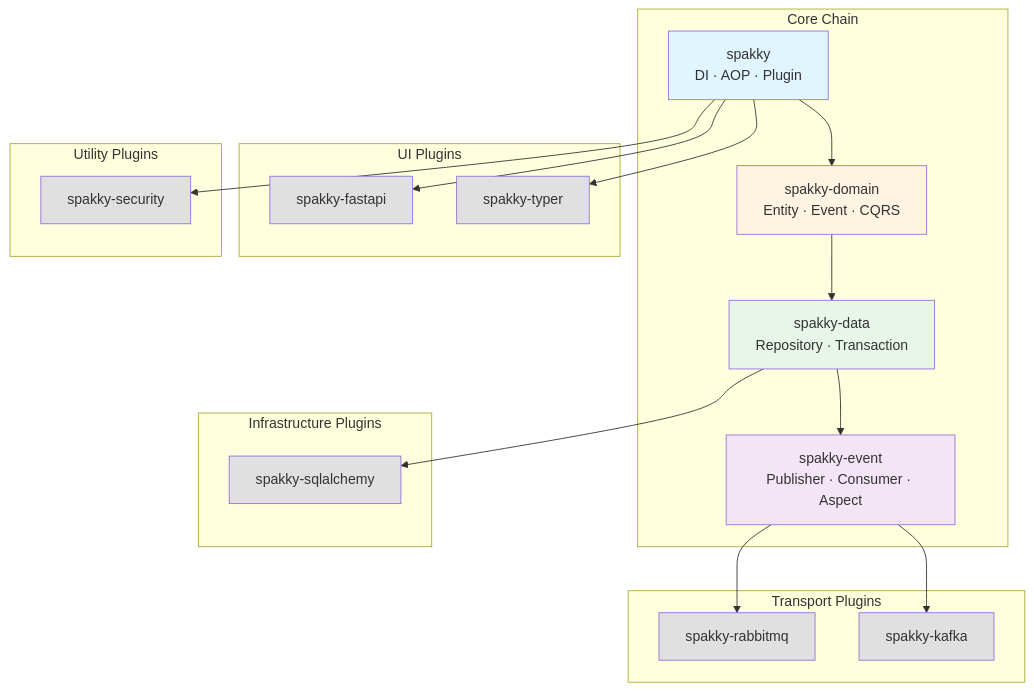
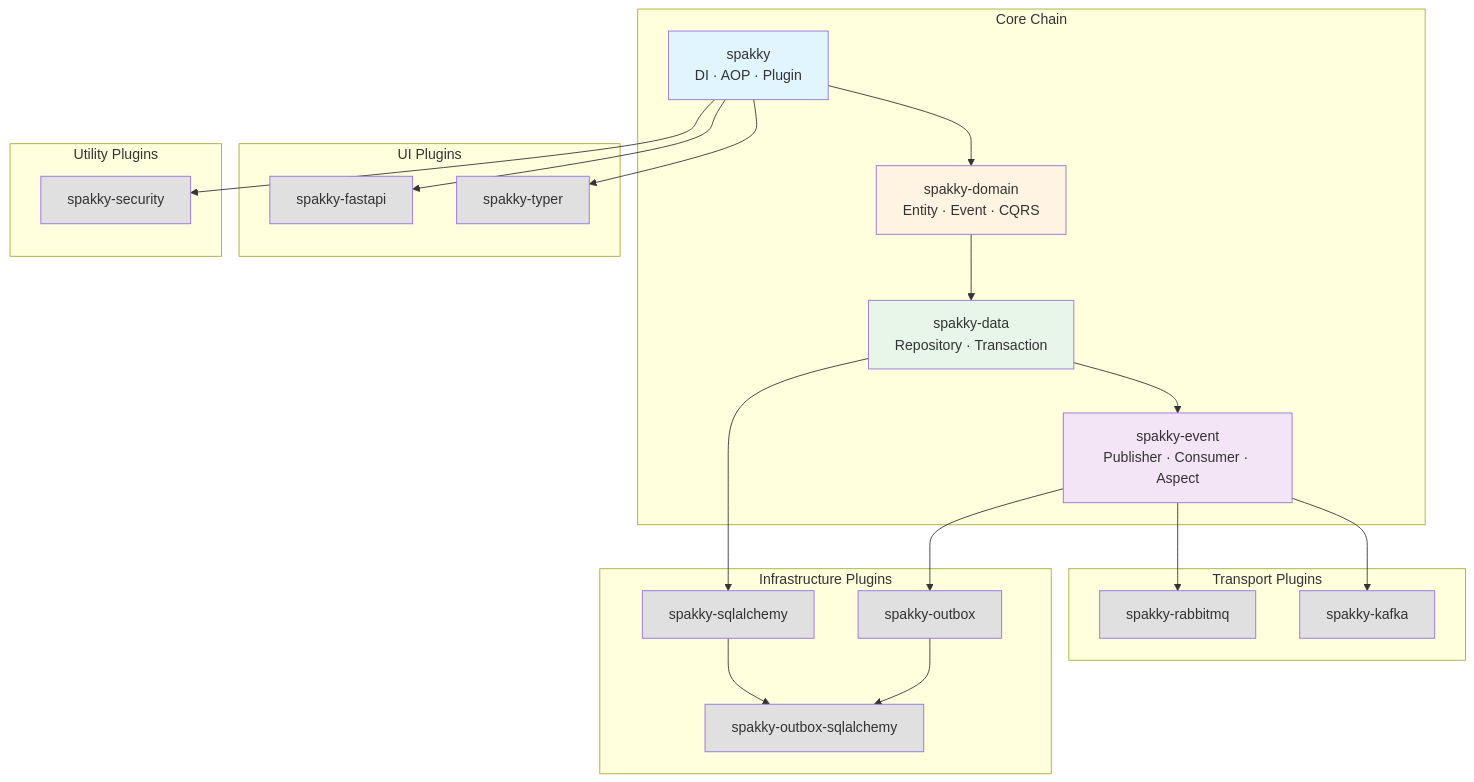
Before and after one commit to E5presso/spakky-framework: the first of 2 diagrams in ARCHITECTURE.md, drawn with Mermaid. The commit also changed other lines of this file and 12 other files, not shown here.

````diff
--- a/ARCHITECTURE.md
+++ b/ARCHITECTURE.md
@@ -46,51 +48,58 @@
 ```mermaid
 graph TB
     subgraph "Core Chain"
         core[spakky<br/>DI · AOP · Plugin]
         domain[spakky-domain<br/>Entity · Event · CQRS]
         data[spakky-data<br/>Repository · Transaction]
         event[spakky-event<br/>Publisher · Consumer · Aspect]
     end
 
     subgraph "UI Plugins"
         fastapi[spakky-fastapi]
         typer[spakky-typer]
     end
 
     subgraph "Utility Plugins"
         security[spakky-security]
     end
 
     subgraph "Transport Plugins"
         rabbitmq[spakky-rabbitmq]
         kafka[spakky-kafka]
     end
 
     subgraph "Infrastructure Plugins"
         sqlalchemy[spakky-sqlalchemy]
+        outbox[spakky-outbox]
+        outbox_sa[spakky-outbox-sqlalchemy]
     end
 
     core --> domain
     domain --> data
     data --> event
 
     core --> fastapi
     core --> typer
     core --> security
 
     event --> rabbitmq
     event --> kafka
+    event --> outbox
 
     data --> sqlalchemy
+    outbox --> outbox_sa
+    sqlalchemy --> outbox_sa
 
     style core fill:#e1f5ff
     style domain fill:#fff4e1
     style data fill:#e8f5e9
     style event fill:#f3e5f5
     style fastapi fill:#e0e0e0
     style typer fill:#e0e0e0
     style security fill:#e0e0e0
     style rabbitmq fill:#e0e0e0
     style kafka fill:#e0e0e0
     style sqlalchemy fill:#e0e0e0
+    style outbox fill:#e0e0e0
+    style outbox_sa fill:#e0e0e0
 ```
````
